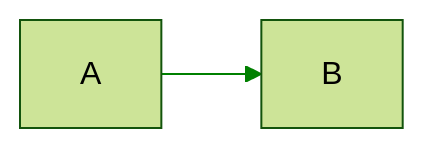
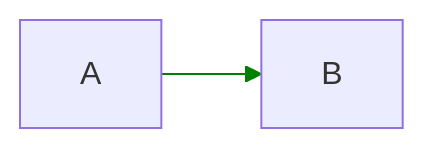
Before and after one commit to jeffatoptics/jeff-minima: the third of 10 diagrams in _posts/2022-04-30-test-mermaid.md, drawn with Mermaid. The commit also changed other lines of this file and 2 other files, not shown here.

Commit message:
try mermaid

```diff
--- a/_posts/2022-04-30-test-mermaid.md
+++ b/_posts/2022-04-30-test-mermaid.md
@@ -26,5 +26,5 @@
 <div class="mermaid">
-%%{init: {'theme':'forest', 'themeVariables': { 'lineColor': 'green'}}}%%
+%%{init: {'theme':'default', 'themeVariables': { 'lineColor': 'green' }}}%%
 graph LR;
   A-->B;
 </div>
```
